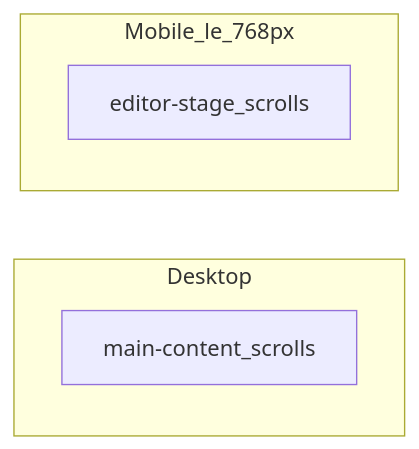
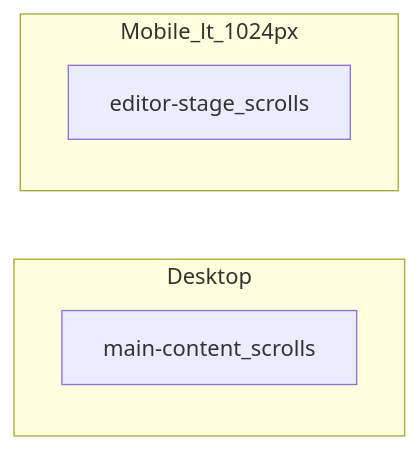
The second of 2 diagrams in docs/components/editor-shell.md (arverma/Bihar-Police-Notebook), drawn with Mermaid before and after one commit. The commit also changed other lines of this file and 58 other files, not shown here.

````diff
--- a/docs/components/editor-shell.md
+++ b/docs/components/editor-shell.md
@@ -43,9 +45,9 @@
 ```mermaid
 flowchart LR
   subgraph desktop [Desktop]
     mainD[main-content_scrolls]
   end
-  subgraph mobile [Mobile_le_768px]
+  subgraph mobile [Mobile_lt_1024px]
     stageM[editor-stage_scrolls]
   end
 ```
````
